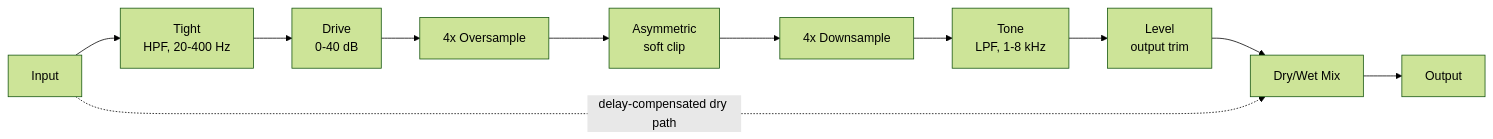
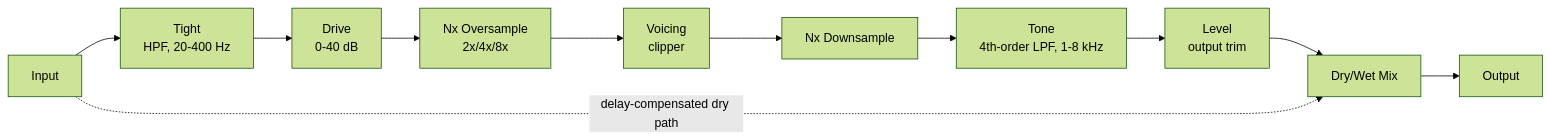
Before and after one commit to basilica-audio/Overture: the diagram in docs/architecture.md, drawn with Mermaid (forest theme). The commit also changed other lines of this file and 20 other files, not shown here.

First line of the commit message:
M1: clipper voicings, host bypass, oversampling factor, 4th-order tone stack (#8)

````diff
--- a/docs/architecture.md
+++ b/docs/architecture.md
@@ -5,13 +5,13 @@
 ```mermaid
 flowchart LR
     IN[Input] --> HPF[Tight<br/>HPF, 20-400 Hz]
     HPF --> DRIVE[Drive<br/>0-40 dB]
-    DRIVE --> UP[4x Oversample]
-    UP --> CLIP[Asymmetric<br/>soft clip]
-    CLIP --> DOWN[4x Downsample]
-    DOWN --> TONE[Tone<br/>LPF, 1-8 kHz]
+    DRIVE --> UP[Nx Oversample<br/>2x/4x/8x]
+    UP --> CLIP[Voicing<br/>clipper]
+    CLIP --> DOWN[Nx Downsample]
+    DOWN --> TONE[Tone<br/>4th-order LPF, 1-8 kHz]
     TONE --> LEVEL[Level<br/>output trim]
     LEVEL --> MIX[Dry/Wet Mix]
     IN -.->|delay-compensated dry path| MIX
     MIX --> OUT[Output]
 ```
````
